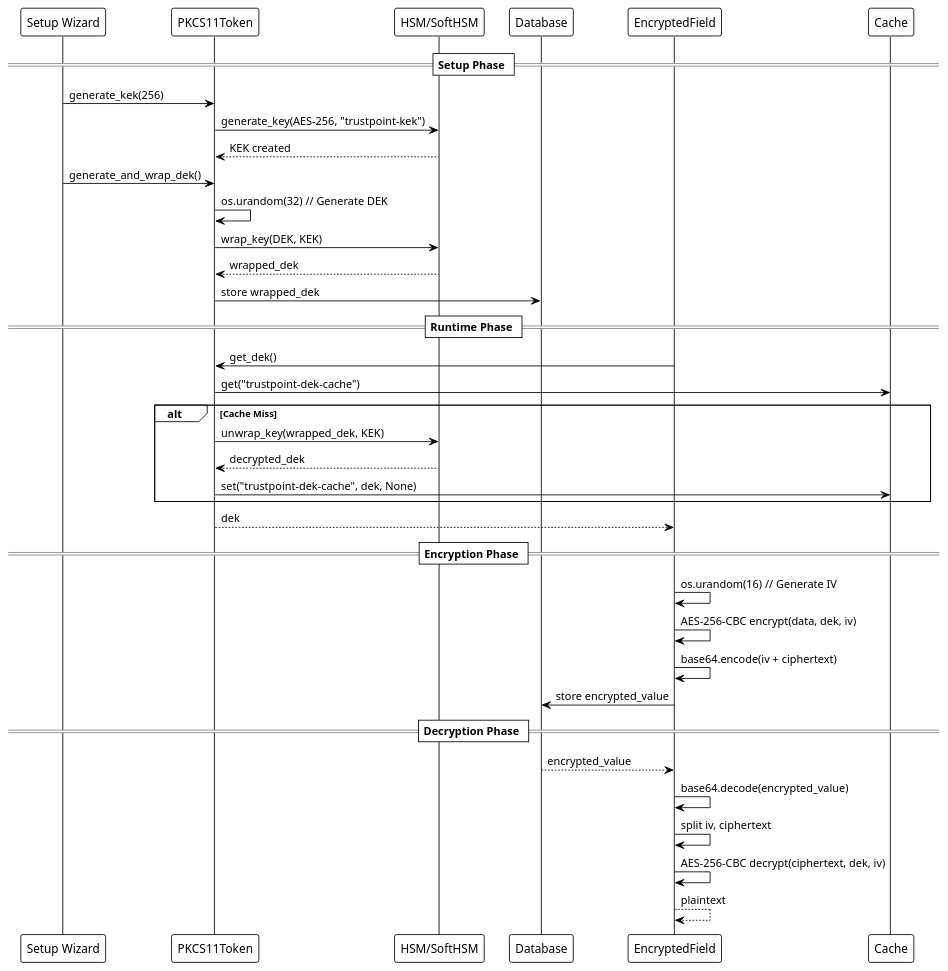
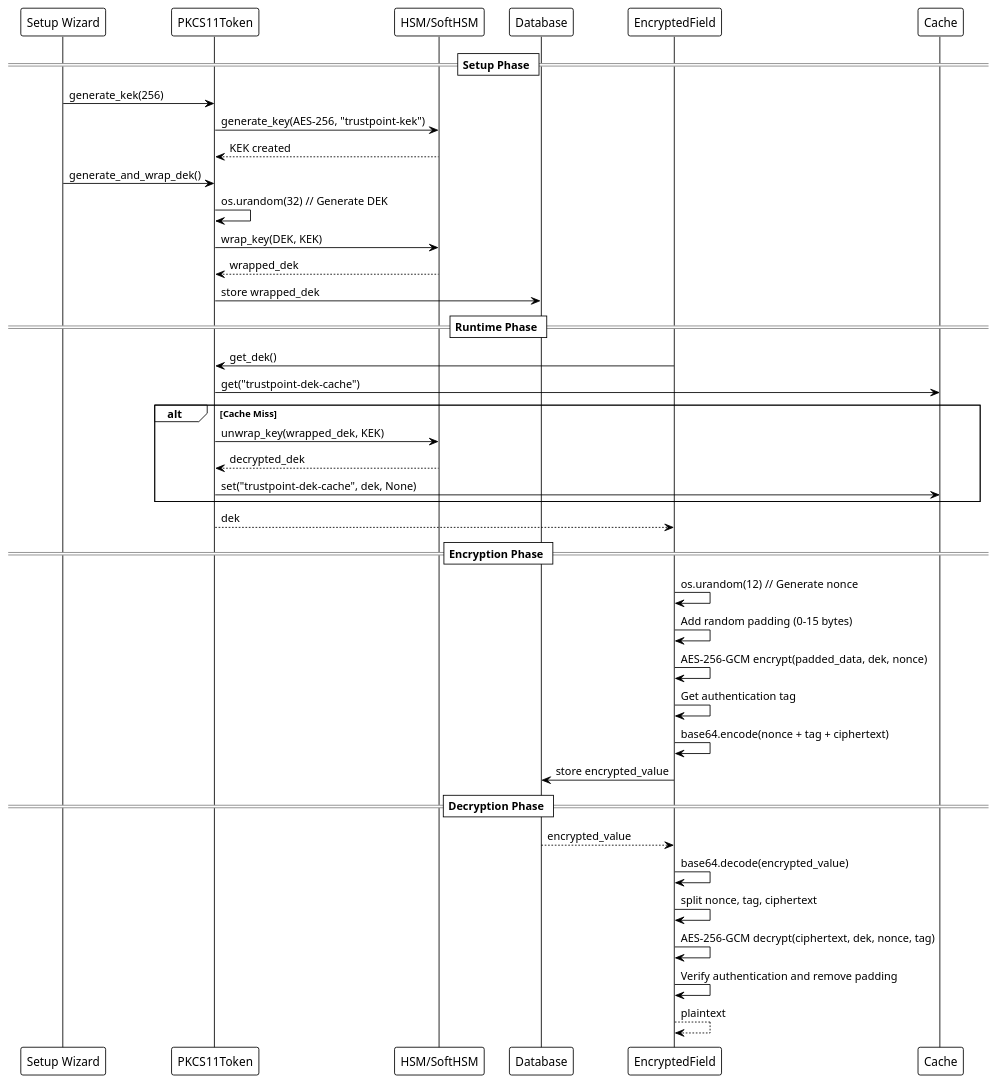
The first of 2 diagrams in docs/source/security/db_encryption.rst (Trustpoint-Project/trustpoint), drawn with PlantUML before and after one commit. The commit also changed other lines of this file and 5 other files, not shown here.

```diff
--- a/docs/source/security/db_encryption.rst
+++ b/docs/source/security/db_encryption.rst
@@ -118,47 +130,50 @@
 .. uml::
 
    @startuml
    !theme plain
    
    participant "Setup Wizard" as Setup
    participant "PKCS11Token" as Token
    participant "HSM/SoftHSM" as HSM
    participant "Database" as DB
    participant "EncryptedField" as Field
    participant "Cache" as Cache
    
    == Setup Phase ==
    Setup -> Token: generate_kek(256)
    Token -> HSM: generate_key(AES-256, "trustpoint-kek")
    HSM --> Token: KEK created
    
    Setup -> Token: generate_and_wrap_dek()
    Token -> Token: os.urandom(32) // Generate DEK
    Token -> HSM: wrap_key(DEK, KEK)
    HSM --> Token: wrapped_dek
    Token -> DB: store wrapped_dek
    
    == Runtime Phase ==
    Field -> Token: get_dek()
    Token -> Cache: get("trustpoint-dek-cache")
    alt Cache Miss
        Token -> HSM: unwrap_key(wrapped_dek, KEK)
        HSM --> Token: decrypted_dek
        Token -> Cache: set("trustpoint-dek-cache", dek, None)
    end
    Token --> Field: dek
    
    == Encryption Phase ==
-   Field -> Field: os.urandom(16) // Generate IV
-   Field -> Field: AES-256-CBC encrypt(data, dek, iv)
-   Field -> Field: base64.encode(iv + ciphertext)
+   Field -> Field: os.urandom(12) // Generate nonce
+   Field -> Field: Add random padding (0-15 bytes)
+   Field -> Field: AES-256-GCM encrypt(padded_data, dek, nonce)
+   Field -> Field: Get authentication tag
+   Field -> Field: base64.encode(nonce + tag + ciphertext)
    Field -> DB: store encrypted_value
    
    == Decryption Phase ==
    DB --> Field: encrypted_value
    Field -> Field: base64.decode(encrypted_value)
-   Field -> Field: split iv, ciphertext
-   Field -> Field: AES-256-CBC decrypt(ciphertext, dek, iv)
+   Field -> Field: split nonce, tag, ciphertext
+   Field -> Field: AES-256-GCM decrypt(ciphertext, dek, nonce, tag)
+   Field -> Field: Verify authentication and remove padding
    Field --> Field: plaintext
    
    @enduml
```
